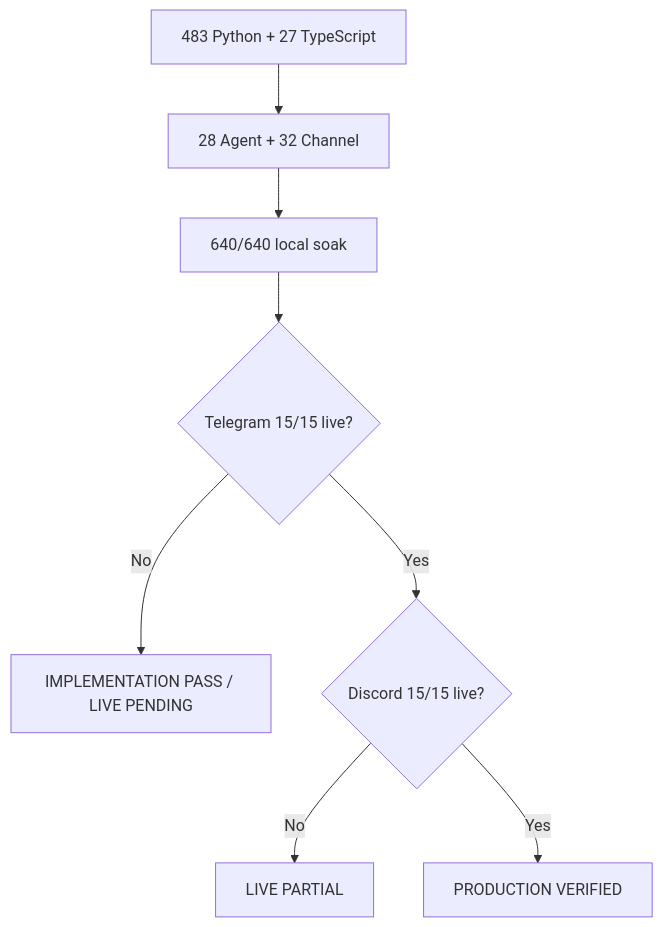
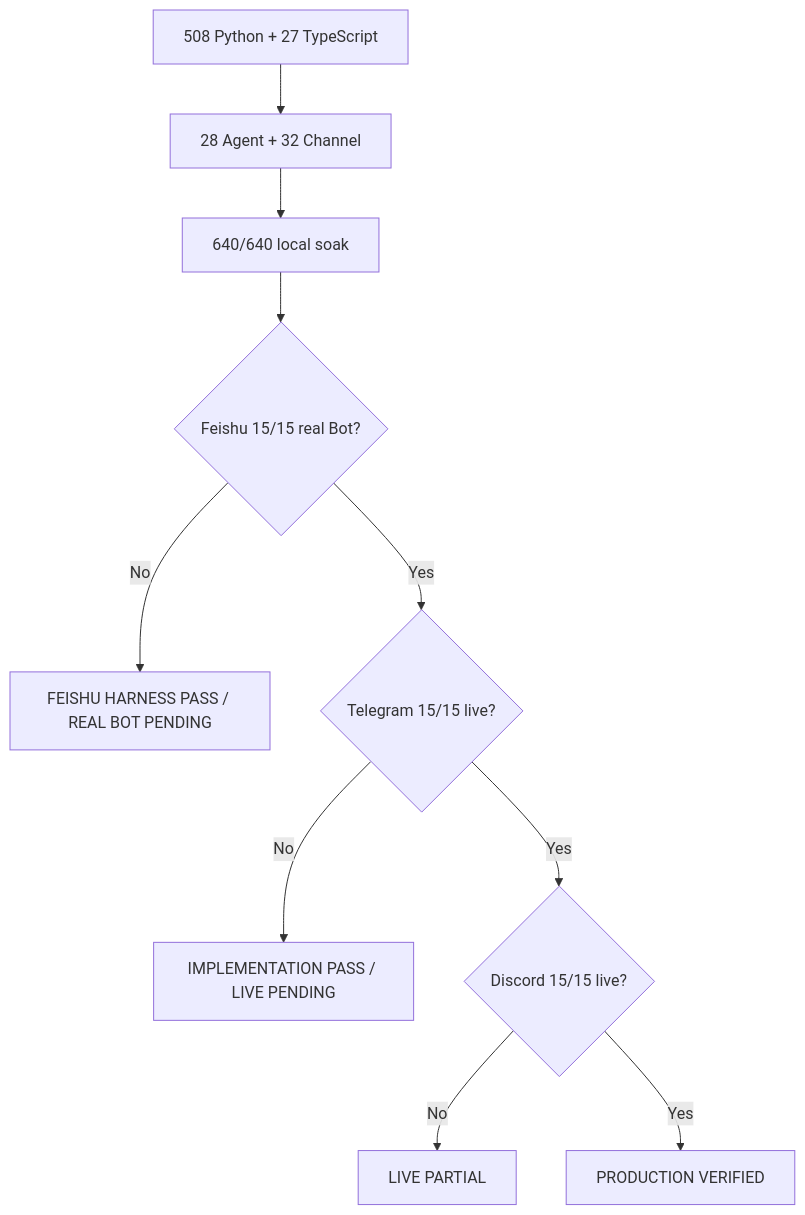
Before and after one commit to NEDONION/lobster0: the second of 2 diagrams in docs/engineering/phase-5/testing-and-live-acceptance.md, drawn with Mermaid. The commit also changed other lines of this file and 29 other files, not shown here.

Commit message:
docs(feishu): 补齐 Bot onboarding、Live gate 与进度

````diff
--- a/docs/engineering/phase-5/testing-and-live-acceptance.md
+++ b/docs/engineering/phase-5/testing-and-live-acceptance.md
@@ -205,10 +237,12 @@
 ```mermaid
 flowchart TD
-    A["483 Python + 27 TypeScript"] --> B["28 Agent + 32 Channel"]
+    A["508 Python + 27 TypeScript"] --> B["28 Agent + 32 Channel"]
     B --> C["640/640 local soak"]
-    C --> D{"Telegram 15/15 live?"}
+    C --> F{"Feishu 15/15 real Bot?"}
+    F -->|"No"| R["FEISHU HARNESS PASS / REAL BOT PENDING"]
+    F -->|"Yes"| D{"Telegram 15/15 live?"}
     D -->|"No"| P["IMPLEMENTATION PASS / LIVE PENDING"]
     D -->|"Yes"| E{"Discord 15/15 live?"}
     E -->|"No"| L["LIVE PARTIAL"]
     E -->|"Yes"| V["PRODUCTION VERIFIED"]
 ```
````
